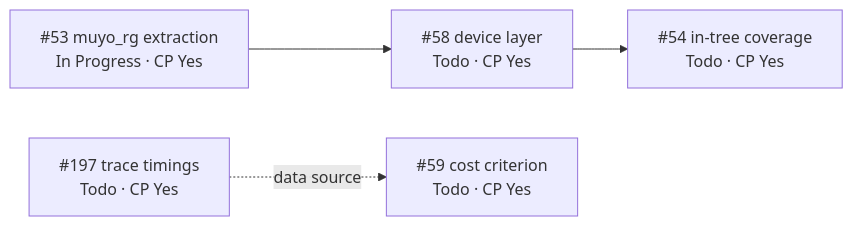
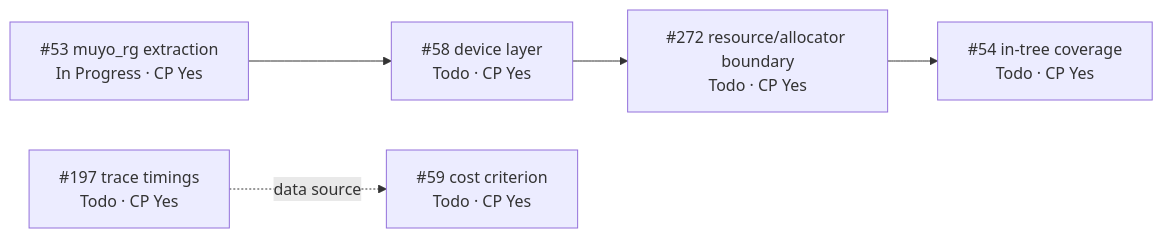
Before and after one commit to v3c70r/Muyo: the second of 2 diagrams in docs/Roadmap-Visual.md, drawn with Mermaid. The commit also changed other lines of this file and 3 other files, not shown here.

First line of the commit message:
docs: plan the resource/allocator boundary (#272) and the device+graph / renderer repo split (#273)

````diff
--- a/docs/Roadmap-Visual.md
+++ b/docs/Roadmap-Visual.md
@@ -60,10 +60,11 @@
 ```mermaid
 flowchart LR
     L53["#53 muyo_rg extraction<br/>In Progress · CP Yes"]
     L58["#58 device layer<br/>Todo · CP Yes"]
+    L272["#272 resource/allocator boundary<br/>Todo · CP Yes"]
     L54["#54 in-tree coverage<br/>Todo · CP Yes"]
     C59["#59 cost criterion<br/>Todo · CP Yes"]
     C197["#197 trace timings<br/>Todo · CP Yes"]
-    L53 --> L58 --> L54
+    L53 --> L58 --> L272 --> L54
     C197 -. data source .-> C59
 ```
````
